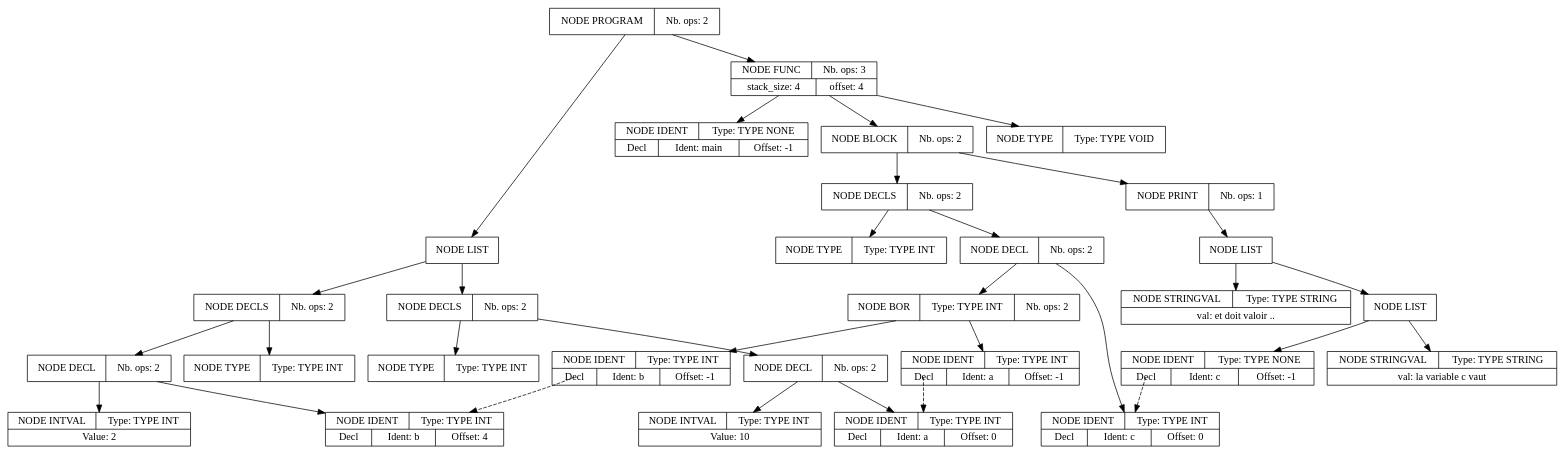
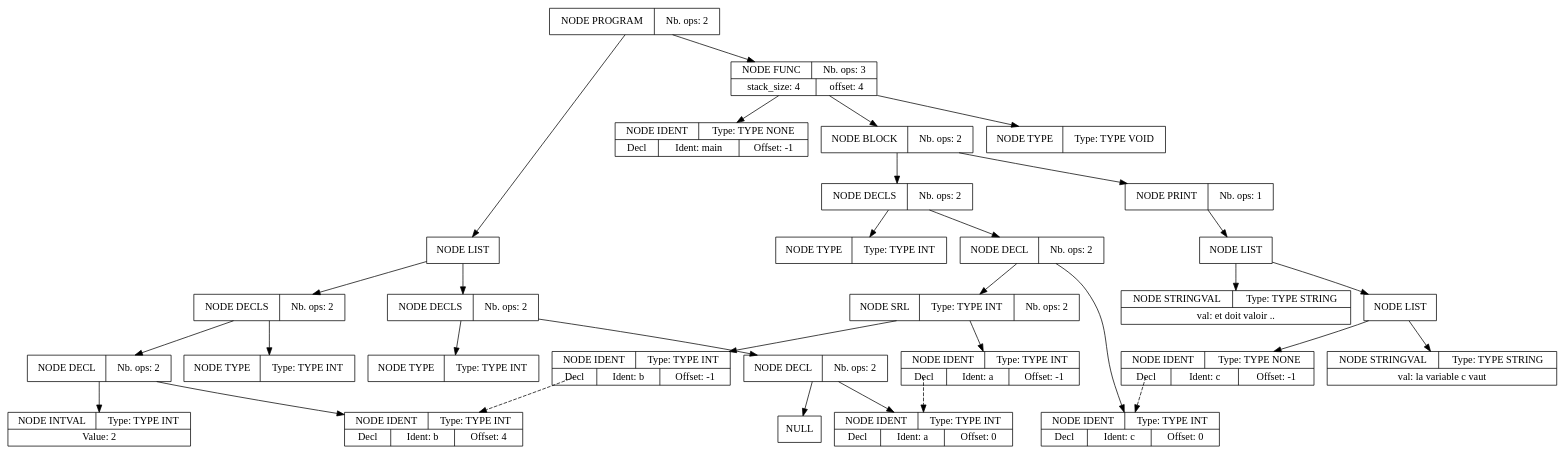
One commit to Harian-Elyoth/CompilateurMiniC changed the diagram in tools/apres_passe_1.dot. Above: the diagram before and after it, drawn with Graphviz. The commit also changed 37 other files, not shown here.

```diff
--- a/tools/apres_passe_1.dot
+++ b/tools/apres_passe_1.dot
@@ -1,93 +1,93 @@
 digraph global_vars {
     N1 [shape=record, label="{{NODE PROGRAM|Nb. ops: 2}}"];
     N2 [shape=record, label="{{NODE LIST}}"];
     N3 [shape=record, label="{{NODE DECLS|Nb. ops: 2}}"];
     N4 [shape=record, label="{{NODE TYPE|Type: TYPE INT}}"];
     edge[tailclip=true];
     N3 -> N4
     N5 [shape=record, label="{{NODE DECL|Nb. ops: 2}}"];
     N6 [shape=record, label="{{NODE IDENT|Type: TYPE INT}|{<decl>Decl      |Ident: a|Offset: 0}}"];
     edge[tailclip=true];
     N5 -> N6
-    N7 [shape=record, label="{{NODE INTVAL|Type: TYPE INT}|{Value: 10}}"];
+    N7 [shape=record, label="{{NULL}}"];
     edge[tailclip=true];
     N5 -> N7
     edge[tailclip=true];
     N3 -> N5
     edge[tailclip=true];
     N2 -> N3
     N8 [shape=record, label="{{NODE DECLS|Nb. ops: 2}}"];
     N9 [shape=record, label="{{NODE TYPE|Type: TYPE INT}}"];
     edge[tailclip=true];
     N8 -> N9
     N10 [shape=record, label="{{NODE DECL|Nb. ops: 2}}"];
     N11 [shape=record, label="{{NODE IDENT|Type: TYPE INT}|{<decl>Decl      |Ident: b|Offset: 4}}"];
     edge[tailclip=true];
     N10 -> N11
     N12 [shape=record, label="{{NODE INTVAL|Type: TYPE INT}|{Value: 2}}"];
     edge[tailclip=true];
     N10 -> N12
     edge[tailclip=true];
     N8 -> N10
     edge[tailclip=true];
     N2 -> N8
     edge[tailclip=true];
     N1 -> N2
     N13 [shape=record, label="{{NODE FUNC|Nb. ops: 3}|{stack_size: 4|offset: 4}}"];
     N14 [shape=record, label="{{NODE TYPE|Type: TYPE VOID}}"];
     edge[tailclip=true];
     N13 -> N14
     N15 [shape=record, label="{{NODE IDENT|Type: TYPE NONE}|{<decl>Decl      |Ident: main|Offset: -1}}"];
     edge[tailclip=true];
     N13 -> N15
     N16 [shape=record, label="{{NODE BLOCK|Nb. ops: 2}}"];
     N17 [shape=record, label="{{NODE DECLS|Nb. ops: 2}}"];
     N18 [shape=record, label="{{NODE TYPE|Type: TYPE INT}}"];
     edge[tailclip=true];
     N17 -> N18
     N19 [shape=record, label="{{NODE DECL|Nb. ops: 2}}"];
     N20 [shape=record, label="{{NODE IDENT|Type: TYPE INT}|{<decl>Decl      |Ident: c|Offset: 0}}"];
     edge[tailclip=true];
     N19 -> N20
-    N21 [shape=record, label="{{NODE BOR|Type: TYPE INT|Nb. ops: 2}}"];
+    N21 [shape=record, label="{{NODE SRL|Type: TYPE INT|Nb. ops: 2}}"];
     N22 [shape=record, label="{{NODE IDENT|Type: TYPE INT}|{<decl>Decl      |Ident: a|Offset: -1}}"];
     edge[tailclip=false];
     "N22":decl:c -> "N6" [style=dashed]
     edge[tailclip=true];
     N21 -> N22
     N23 [shape=record, label="{{NODE IDENT|Type: TYPE INT}|{<decl>Decl      |Ident: b|Offset: -1}}"];
     edge[tailclip=false];
     "N23":decl:c -> "N11" [style=dashed]
     edge[tailclip=true];
     N21 -> N23
     edge[tailclip=true];
     N19 -> N21
     edge[tailclip=true];
     N17 -> N19
     edge[tailclip=true];
     N16 -> N17
     N24 [shape=record, label="{{NODE PRINT|Nb. ops: 1}}"];
     N25 [shape=record, label="{{NODE LIST}}"];
     N26 [shape=record, label="{{NODE LIST}}"];
     N27 [shape=record, label="{{NODE STRINGVAL|Type: TYPE STRING}|{val: la variable c vaut}}"];
     edge[tailclip=true];
     N26 -> N27
     N28 [shape=record, label="{{NODE IDENT|Type: TYPE NONE}|{<decl>Decl      |Ident: c|Offset: -1}}"];
     edge[tailclip=false];
     "N28":decl:c -> "N20" [style=dashed]
     edge[tailclip=true];
     N26 -> N28
     edge[tailclip=true];
     N25 -> N26
     N29 [shape=record, label="{{NODE STRINGVAL|Type: TYPE STRING}|{val: et doit valoir ..}}"];
     edge[tailclip=true];
     N25 -> N29
     edge[tailclip=true];
     N24 -> N25
     edge[tailclip=true];
     N16 -> N24
     edge[tailclip=true];
     N13 -> N16
     edge[tailclip=true];
     N1 -> N13
 }
```
